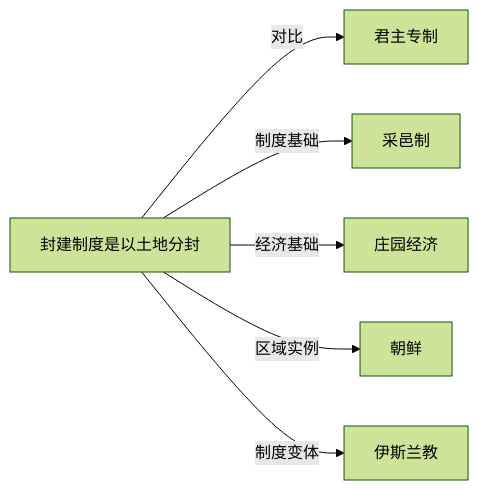
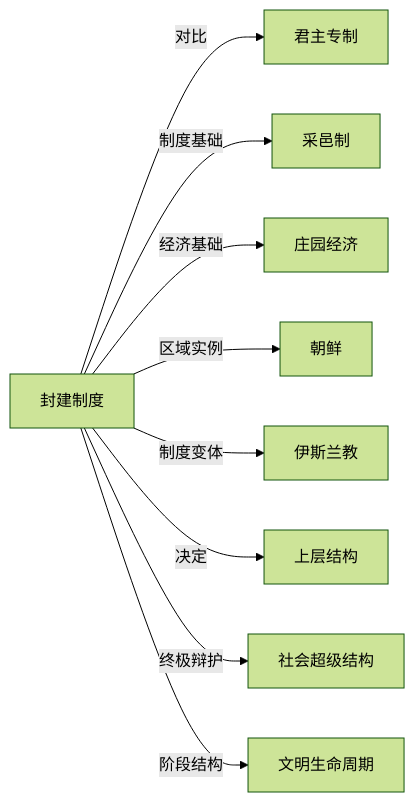
Before and after one commit to KIMMCHOW/MyKnowledge: the diagram in Knowledge/Concepts/历史/封建制度.md, drawn with Mermaid (forest theme). The commit also changed other lines of this file and 96 other files, not shown here.

Commit message:
fix: 修复概念页关系图节点并补齐缺失关联

````diff
--- a/Knowledge/Concepts/历史/封建制度.md
+++ b/Knowledge/Concepts/历史/封建制度.md
@@ -49,8 +49,11 @@
 ```mermaid
 graph LR
-    封建制度是以土地分封 -->|对比| 君主专制
-    封建制度是以土地分封 -->|制度基础| 采邑制
-    封建制度是以土地分封 -->|经济基础| 庄园经济
-    封建制度是以土地分封 -->|区域实例| 朝鲜
-    封建制度是以土地分封 -->|制度变体| 伊斯兰教
+封建制度 -->|对比| 君主专制
+封建制度 -->|制度基础| 采邑制
+封建制度 -->|经济基础| 庄园经济
+封建制度 -->|区域实例| 朝鲜
+封建制度 -->|制度变体| 伊斯兰教
+封建制度 -->|决定| 上层结构
+封建制度 -->|终极辩护| 社会超级结构
+封建制度 -->|阶段结构| 文明生命周期
 ```
````
